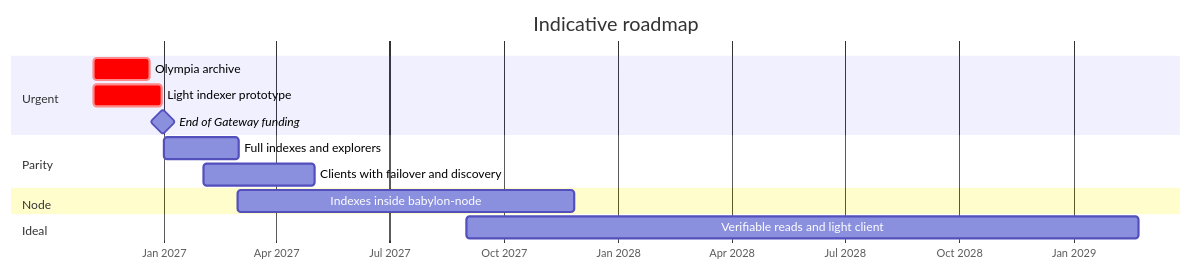
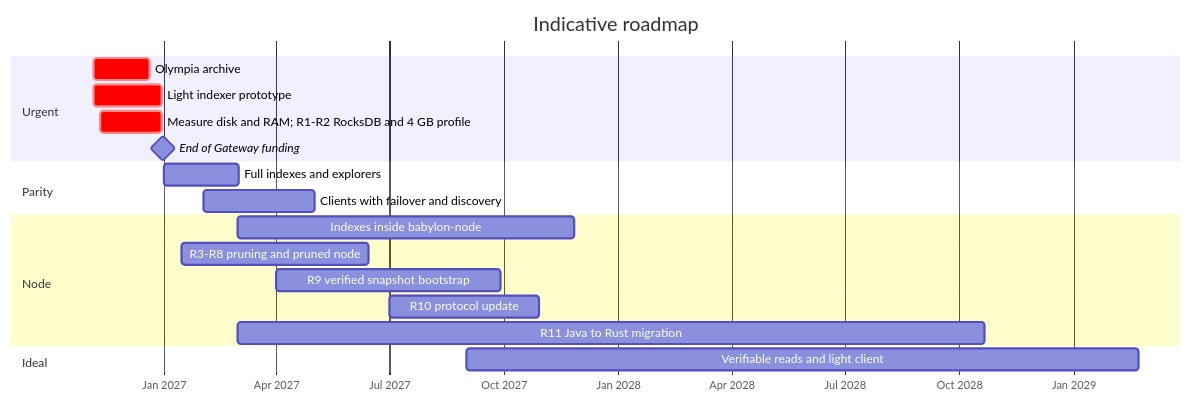
The first of 2 diagrams in docs/en/06-roadmap.md (dazligth/radix-decentralization-roadmap), drawn with Mermaid before and after one commit. The commit also changed other lines of this file and 17 other files, not shown here.

First line of the commit message:
Add lighter nodes (4 GB RAM / 500 GB), implementation guide and infrastructure diagrams

````diff
--- a/docs/en/06-roadmap.md
+++ b/docs/en/06-roadmap.md
@@ -5,17 +5,22 @@
 ```mermaid
 gantt
     title Indicative roadmap
     dateFormat YYYY-MM-DD
     axisFormat %b %Y
     section Urgent
-    Olympia archive                     :crit, 2026-11-05, 45d
-    Light indexer prototype             :crit, 2026-11-05, 55d
-    End of Gateway funding              :milestone, 2026-12-31, 0d
+    Olympia archive                          :crit, 2026-11-05, 45d
+    Light indexer prototype                  :crit, 2026-11-05, 55d
+    Measure disk and RAM; R1-R2 RocksDB and 4 GB profile :crit, 2026-11-10, 50d
+    End of Gateway funding                   :milestone, 2026-12-31, 0d
     section Parity
-    Full indexes and explorers          :2027-01-01, 60d
-    Clients with failover and discovery :2027-02-01, 90d
+    Full indexes and explorers               :2027-01-01, 60d
+    Clients with failover and discovery      :2027-02-01, 90d
     section Node
-    Indexes inside babylon-node         :2027-03-01, 270d
+    Indexes inside babylon-node              :2027-03-01, 270d
+    R3-R8 pruning and pruned node            :2027-01-15, 150d
+    R9 verified snapshot bootstrap           :2027-04-01, 180d
+    R10 protocol update                      :2027-07-01, 120d
+    R11 Java to Rust migration               :2027-03-01, 600d
     section Ideal
-    Verifiable reads and light client   :2027-09-01, 540d
+    Verifiable reads and light client        :2027-09-01, 540d
 ```
````
